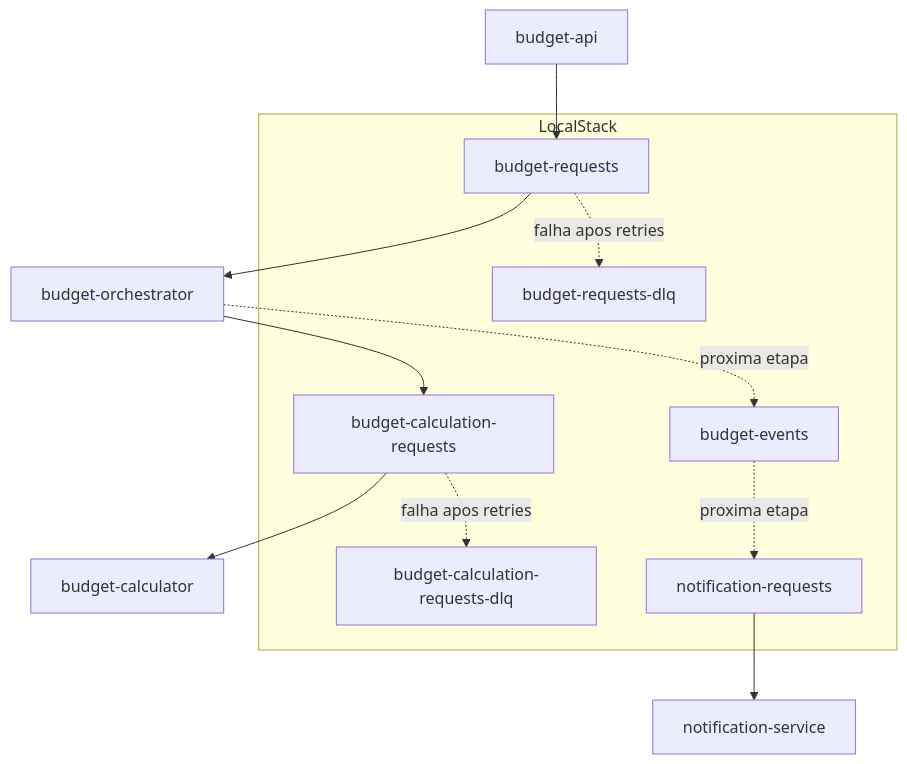
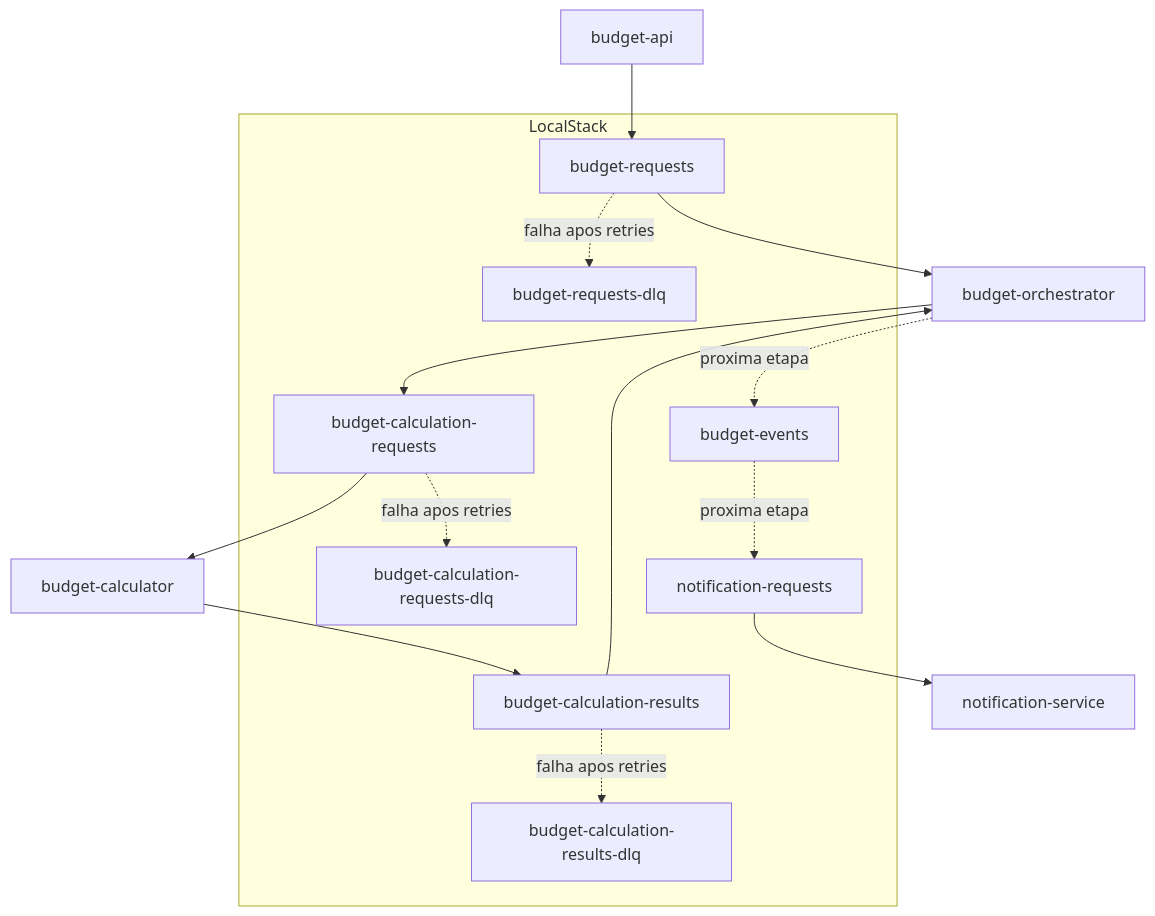
Before and after one commit to RicardoRAlves/Orcamento_Microservice: the third of 4 diagrams in README.md, drawn with Mermaid. The commit also changed other lines of this file and 22 other files, not shown here.

Commit message:
Ajusting budget Calculator

````diff
--- a/README.md
+++ b/README.md
@@ -189,21 +198,26 @@
 ```mermaid
 flowchart TB
     subgraph LocalStack
         BR[budget-requests]
         BRDLQ[budget-requests-dlq]
         CR[budget-calculation-requests]
         CRDLQ[budget-calculation-requests-dlq]
+        RS[budget-calculation-results]
+        RSDLQ[budget-calculation-results-dlq]
         BE[budget-events]
         NR[notification-requests]
     end
 
     API[budget-api] --> BR
     BR --> Orchestrator[budget-orchestrator]
     BR -. falha apos retries .-> BRDLQ
     Orchestrator --> CR
     CR --> Calculator[budget-calculator]
     CR -. falha apos retries .-> CRDLQ
+    Calculator --> RS
+    RS --> Orchestrator
+    RS -. falha apos retries .-> RSDLQ
     Orchestrator -. proxima etapa .-> BE
     BE -. proxima etapa .-> NR
     NR --> Notifications[notification-service]
 ```
````
